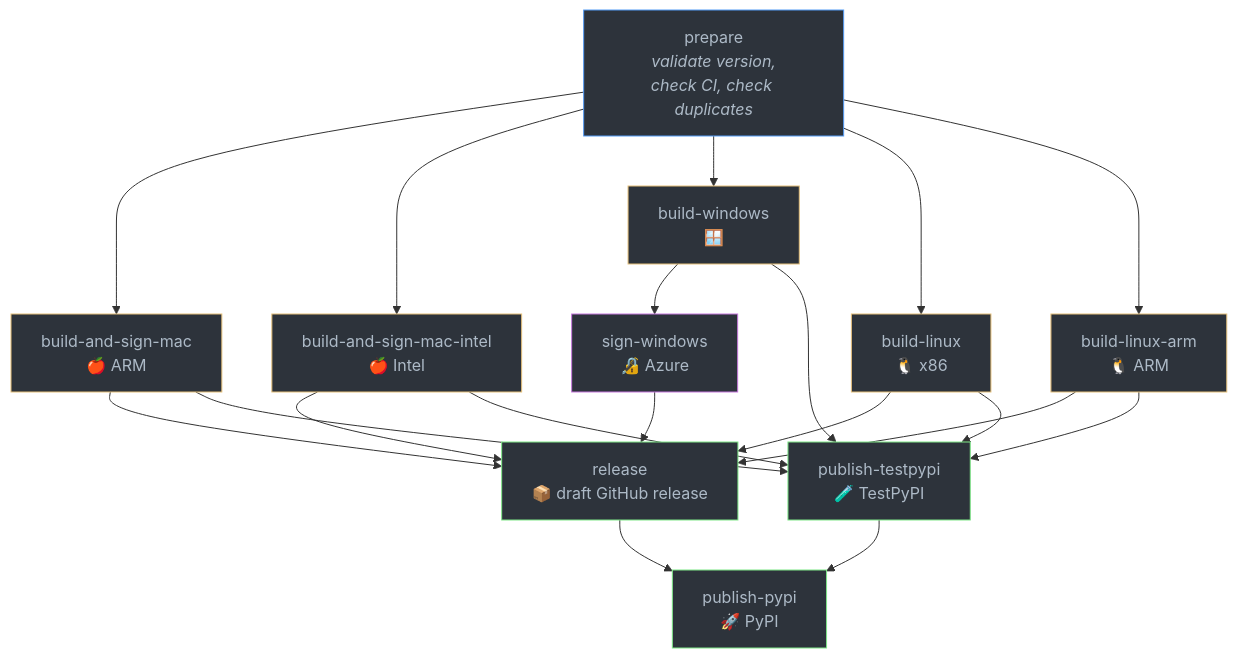
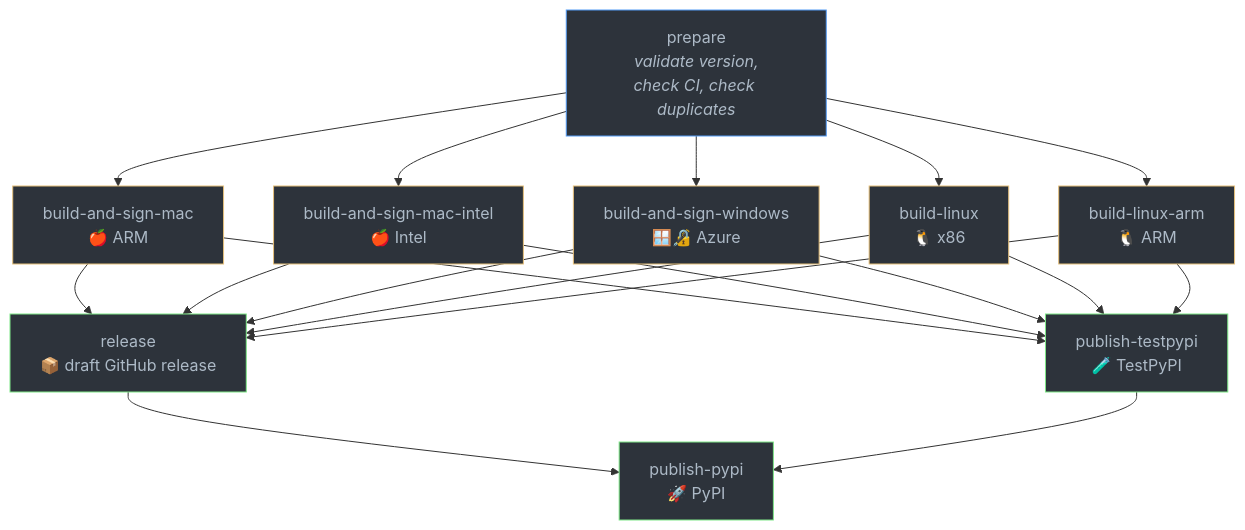
One commit to ankitects/anki changed the second of 2 diagrams in docs/releasing.md. Above: the diagram before and after it, drawn with Mermaid. The commit also changed other lines of this file, not shown here.

Commit message:
docs: update release diagram for merged Windows build-and-sign job

````diff
--- a/docs/releasing.md
+++ b/docs/releasing.md
@@ -31,44 +31,41 @@
 ```mermaid
 flowchart TD
     prepare[prepare<br/><i>validate version,<br/>check CI, check duplicates</i>]
 
     prepare --> mac["build-and-sign-mac<br/>🍎 ARM"]
     prepare --> macint["build-and-sign-mac-intel<br/>🍎 Intel"]
-    prepare --> win[build-windows<br/>🪟]
+    prepare --> win["build-and-sign-windows<br/>🪟🔏 Azure"]
     prepare --> lin[build-linux<br/>🐧 x86]
     prepare --> linarm[build-linux-arm<br/>🐧 ARM]
 
-    win --> signwin["sign-windows<br/>🔏 Azure"]
-
     mac --> release
     macint --> release
-    signwin --> release
+    win --> release
     lin --> release
     linarm --> release
 
     release["release<br/>📦 draft GitHub release"]
 
     mac --> testpypi
     macint --> testpypi
     win --> testpypi
     lin --> testpypi
     linarm --> testpypi
 
     testpypi["publish-testpypi<br/>🧪 TestPyPI"]
 
     release --> pypi
     testpypi --> pypi
 
     pypi["publish-pypi<br/>🚀 PyPI"]
 
     style prepare fill:#2d333b,stroke:#539bf5,color:#adbac7
     style mac fill:#2d333b,stroke:#e5c07b,color:#adbac7
     style macint fill:#2d333b,stroke:#e5c07b,color:#adbac7
     style win fill:#2d333b,stroke:#e5c07b,color:#adbac7
     style lin fill:#2d333b,stroke:#e5c07b,color:#adbac7
     style linarm fill:#2d333b,stroke:#e5c07b,color:#adbac7
-    style signwin fill:#2d333b,stroke:#c678dd,color:#adbac7
     style release fill:#2d333b,stroke:#7ee787,color:#adbac7
     style testpypi fill:#2d333b,stroke:#7ee787,color:#adbac7
     style pypi fill:#2d333b,stroke:#7ee787,color:#adbac7
 ```
````
